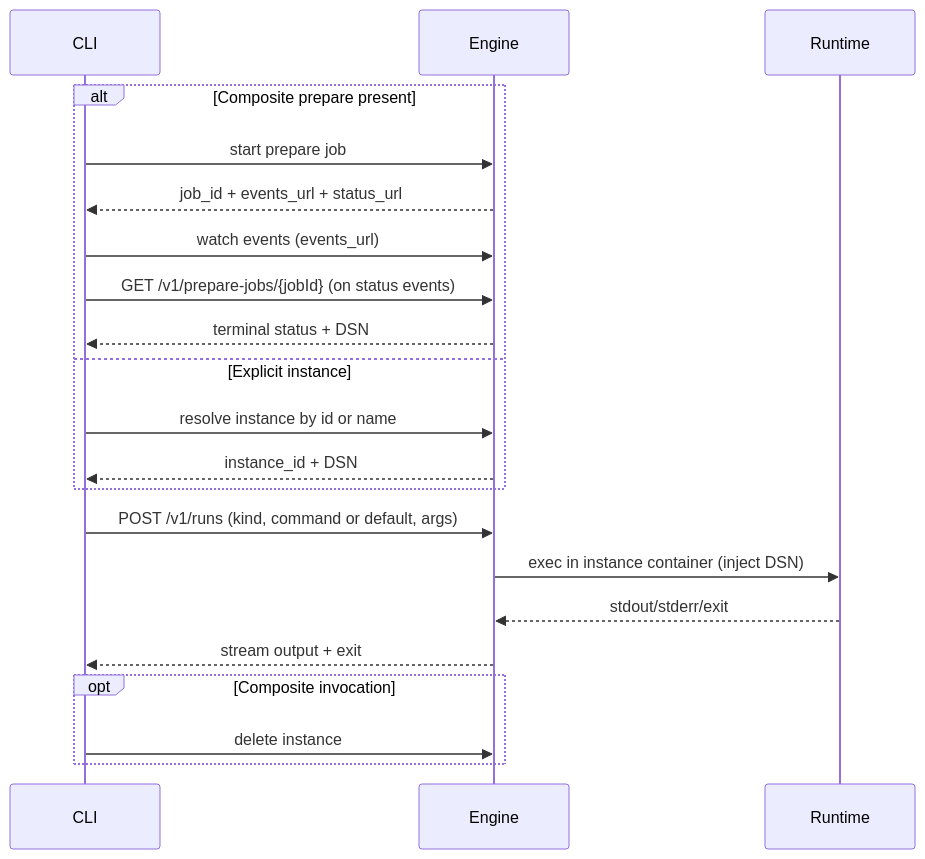
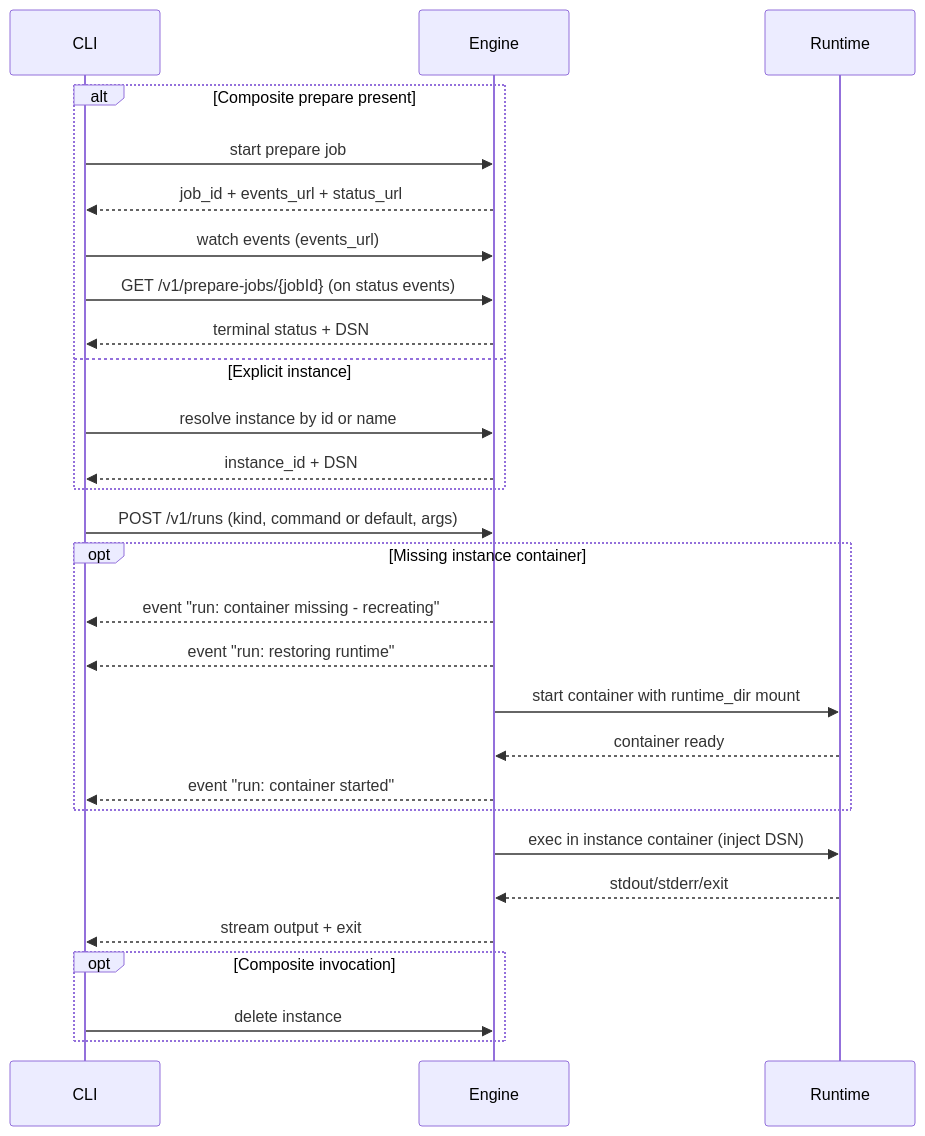
Before and after one commit to kimak-irmagi/taidon: the sixth of 6 diagrams in docs/architecture/cli-architecture.RU.md, drawn with Mermaid. The commit also changed other lines of this file and 21 other files, not shown here.

Commit message:
Implemented the missing container recreation

````diff
--- a/docs/architecture/cli-architecture.RU.md
+++ b/docs/architecture/cli-architecture.RU.md
@@ -161,26 +161,33 @@
 ```mermaid
 sequenceDiagram
   participant CLI as CLI
   participant ENG as Engine
   participant RT as Runtime
 
   alt Composite prepare present
     CLI->>ENG: start prepare job
     ENG-->>CLI: job_id + events_url + status_url
     CLI->>ENG: watch events (events_url)
     CLI->>ENG: GET /v1/prepare-jobs/{jobId} (on status events)
     ENG-->>CLI: terminal status + DSN
   else Explicit instance
     CLI->>ENG: resolve instance by id or name
     ENG-->>CLI: instance_id + DSN
   end
 
   CLI->>ENG: POST /v1/runs (kind, command or default, args)
+  opt Missing instance container
+    ENG-->>CLI: event "run: container missing - recreating"
+    ENG-->>CLI: event "run: restoring runtime"
+    ENG->>RT: start container with runtime_dir mount
+    RT-->>ENG: container ready
+    ENG-->>CLI: event "run: container started"
+  end
   ENG->>RT: exec in instance container (inject DSN)
   RT-->>ENG: stdout/stderr/exit
   ENG-->>CLI: stream output + exit
 
   opt Composite invocation
     CLI->>ENG: delete instance
   end
 ```
````
